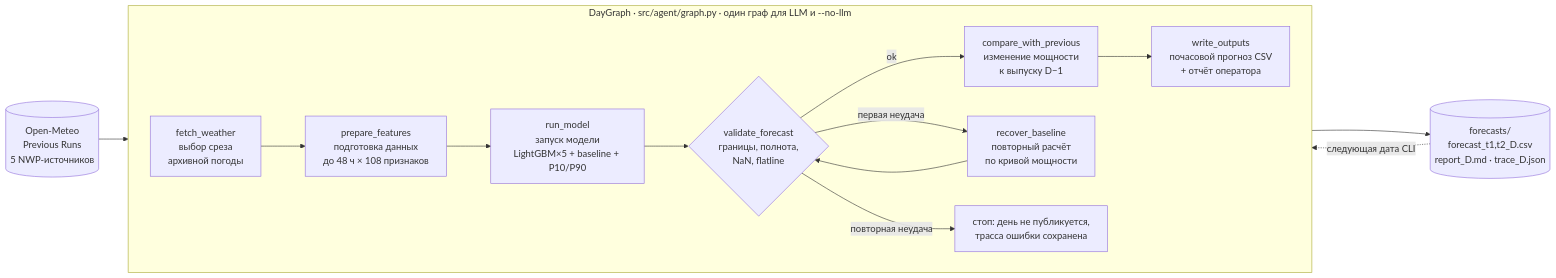
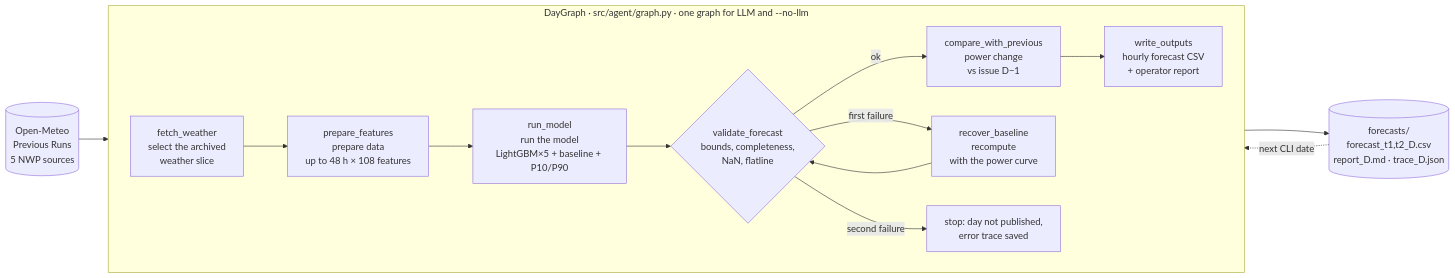
The first of 2 diagrams in README.md (BAITC-Hacks/hack-f0ab74e4-knewit-3), drawn with Mermaid before and after one commit. The commit also changed other lines of this file and 6 other files, not shown here.

````diff
--- a/README.md
+++ b/README.md
@@ -281,17 +260,17 @@
 ```mermaid
 flowchart LR
-    W[("Open-Meteo<br/>Previous Runs<br/>5 NWP-источников")] --> A
-    subgraph DayGraph["DayGraph · src/agent/graph.py · один граф для LLM и --no-llm"]
+    W[("Open-Meteo<br/>Previous Runs<br/>5 NWP sources")] --> A
+    subgraph DayGraph["DayGraph · src/agent/graph.py · one graph for LLM and --no-llm"]
         direction LR
-        A["fetch_weather<br/>выбор среза<br/>архивной погоды"] --> B["prepare_features<br/>подготовка данных<br/>до 48 ч × 108 признаков"]
-        B --> C["run_model<br/>запуск модели<br/>LightGBM×5 + baseline + P10/P90"]
-        C --> D{"validate_forecast<br/>границы, полнота,<br/>NaN, flatline"}
-        D -->|ok| E["compare_with_previous<br/>изменение мощности<br/>к выпуску D−1"]
-        D -->|первая неудача| R["recover_baseline<br/>повторный расчёт<br/>по кривой мощности"]
+        A["fetch_weather<br/>select the archived<br/>weather slice"] --> B["prepare_features<br/>prepare data<br/>up to 48 h × 108 features"]
+        B --> C["run_model<br/>run the model<br/>LightGBM×5 + baseline + P10/P90"]
+        C --> D{"validate_forecast<br/>bounds, completeness,<br/>NaN, flatline"}
+        D -->|ok| E["compare_with_previous<br/>power change<br/>vs issue D−1"]
+        D -->|first failure| R["recover_baseline<br/>recompute<br/>with the power curve"]
         R --> D
-        D -->|повторная неудача| X["стоп: день не публикуется,<br/>трасса ошибки сохранена"]
-        E --> F["write_outputs<br/>почасовой прогноз CSV<br/>+ отчёт оператора"]
+        D -->|second failure| X["stop: day not published,<br/>error trace saved"]
+        E --> F["write_outputs<br/>hourly forecast CSV<br/>+ operator report"]
     end
     F --> O[("forecasts/<br/>forecast_t1,t2_D.csv<br/>report_D.md · trace_D.json")]
-    O -.->|следующая дата CLI| A
+    O -.->|next CLI date| A
 ```
````
